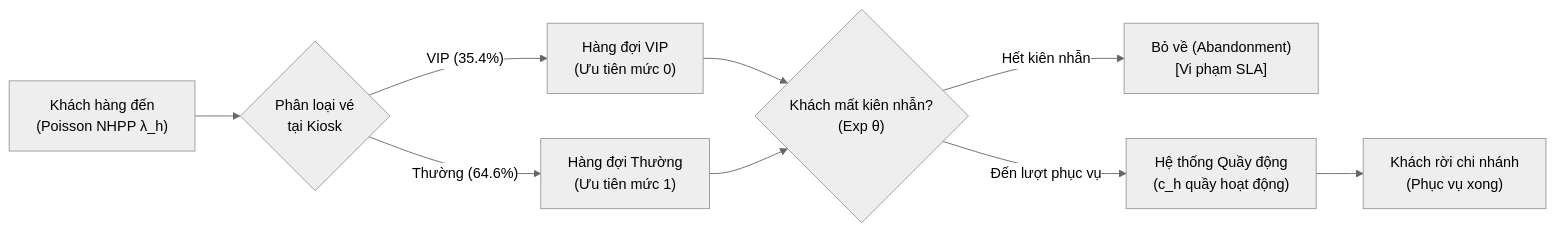
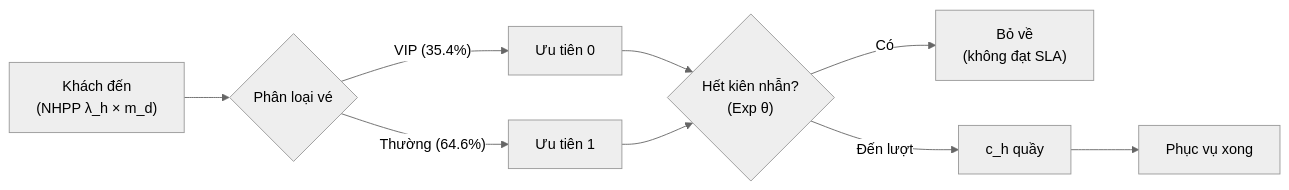
The diagram in docs/bao_cao_tong_ket.md (LgTVing/queue-simulation), drawn with Mermaid (neutral theme) before and after one commit. The commit also changed other lines of this file and 17 other files, not shown here.

````diff
--- a/docs/bao_cao_tong_ket.md
+++ b/docs/bao_cao_tong_ket.md
@@ -65,11 +50,11 @@
 ```mermaid
 flowchart LR
-    A["Khách hàng đến\n(Poisson NHPP λ_h)"] --> B{"Phân loại vé\ntại Kiosk"}
-    B -->|"VIP (35.4%)"| C["Hàng đợi VIP\n(Ưu tiên mức 0)"]
-    B -->|"Thường (64.6%)"| D["Hàng đợi Thường\n(Ưu tiên mức 1)"]
-    C --> E{"Khách mất kiên nhẫn?\n(Exp θ)"}
+    A["Khách đến\n(NHPP λ_h × m_d)"] --> B{"Phân loại vé"}
+    B -->|"VIP (35.4%)"| C["Ưu tiên 0"]
+    B -->|"Thường (64.6%)"| D["Ưu tiên 1"]
+    C --> E{"Hết kiên nhẫn?\n(Exp θ)"}
     D --> E
-    E -->|"Hết kiên nhẫn"| F["Bỏ về (Abandonment)\n[Vi phạm SLA]"]
-    E -->|"Đến lượt phục vụ"| G["Hệ thống Quầy động\n(c_h quầy hoạt động)"]
-    G --> H["Khách rời chi nhánh\n(Phục vụ xong)"]
+    E -->|"Có"| F["Bỏ về\n(không đạt SLA)"]
+    E -->|"Đến lượt"| G["c_h quầy"]
+    G --> H["Phục vụ xong"]
 ```
````
